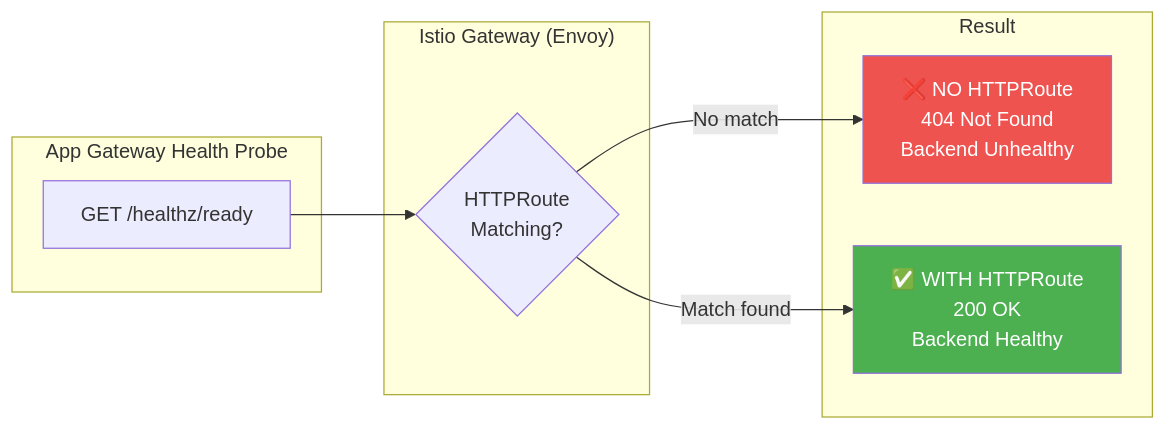
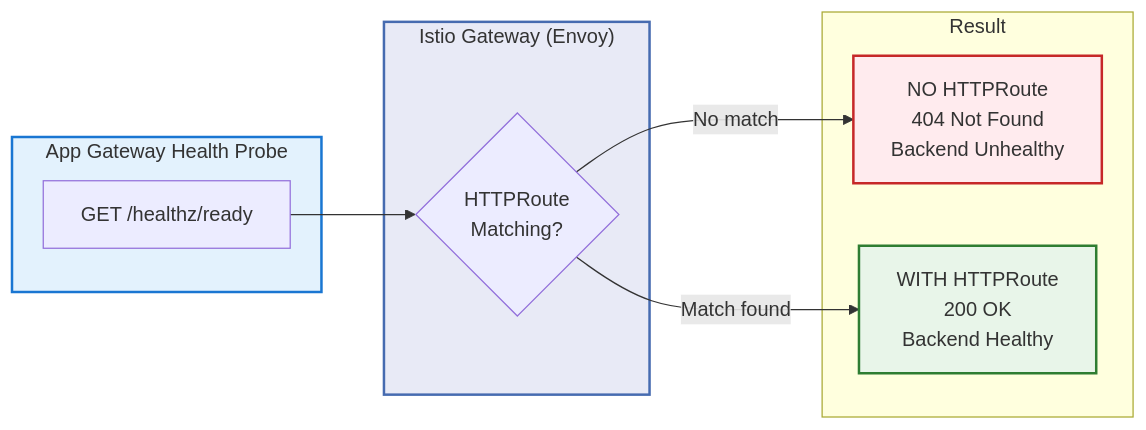
The seventh of 8 diagrams in README.md (shanaka-versent/shanaka-aks-poc), drawn with Mermaid before and after one commit. The commit also changed other lines of this file, not shown here.

Commit message:
Improve the ReadMe file with Marmaid architecture diagrams

````diff
--- a/README.md
+++ b/README.md
@@ -441,22 +470,29 @@
 ```mermaid
 flowchart LR
     subgraph AppGW["App Gateway Health Probe"]
         Probe["GET /healthz/ready"]
     end
 
     subgraph IstioGW["Istio Gateway (Envoy)"]
         Match{"HTTPRoute<br/>Matching?"}
     end
 
     subgraph Results["Result"]
-        NoRoute["❌ NO HTTPRoute<br/>404 Not Found<br/>Backend Unhealthy"]
-        WithRoute["✅ WITH HTTPRoute<br/>200 OK<br/>Backend Healthy"]
+        NoRoute["NO HTTPRoute<br/>404 Not Found<br/>Backend Unhealthy"]
+        WithRoute["WITH HTTPRoute<br/>200 OK<br/>Backend Healthy"]
     end
 
     Probe --> Match
     Match -->|"No match"| NoRoute
     Match -->|"Match found"| WithRoute
 
-    style NoRoute fill:#EF5350,color:#fff
-    style WithRoute fill:#4CAF50,color:#fff
+    classDef probe fill:#e3f2fd,stroke:#1976d2,stroke-width:2px,color:#333
+    classDef gateway fill:#e8eaf6,stroke:#466bb0,stroke-width:2px,color:#333
+    classDef fail fill:#ffebee,stroke:#c62828,stroke-width:2px,color:#333
+    classDef pass fill:#e8f5e9,stroke:#2e7d32,stroke-width:2px,color:#333
+
+    class AppGW probe
+    class IstioGW gateway
+    class NoRoute fail
+    class WithRoute pass
 ```
````
